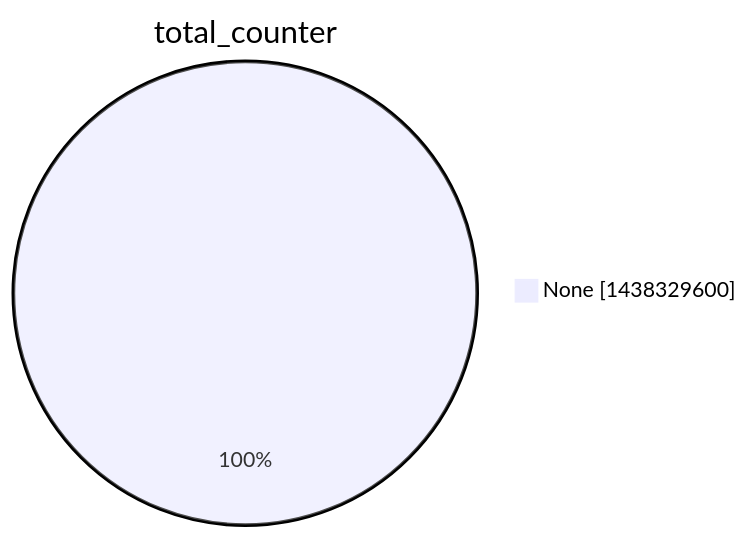
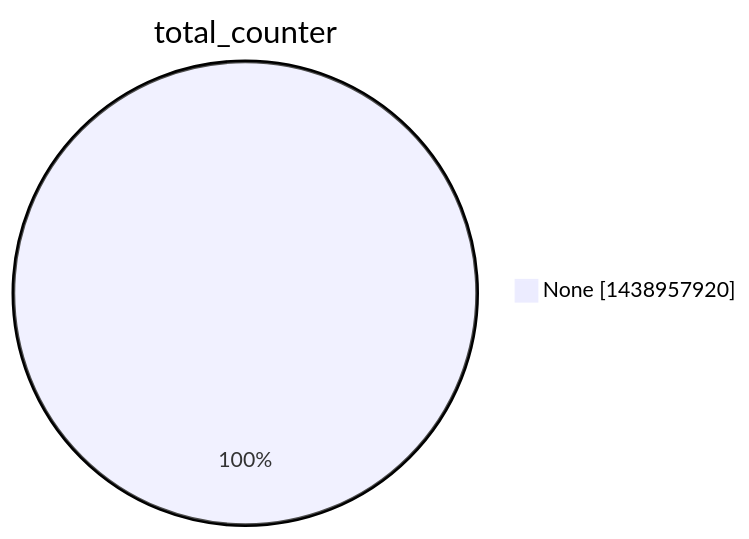
Before and after one commit to christiankrug/ctmonitor_visualization: the second of 15 diagrams in argon2022/README.md, drawn with Mermaid. The commit also changed other lines of this file, not shown here.

````diff
--- a/argon2022/README.md
+++ b/argon2022/README.md
@@ -9,5 +9,5 @@
 ```mermaid
 pie showData
 title total_counter
-"None" :1438329600
+"None" :1438957920
 ```
````
